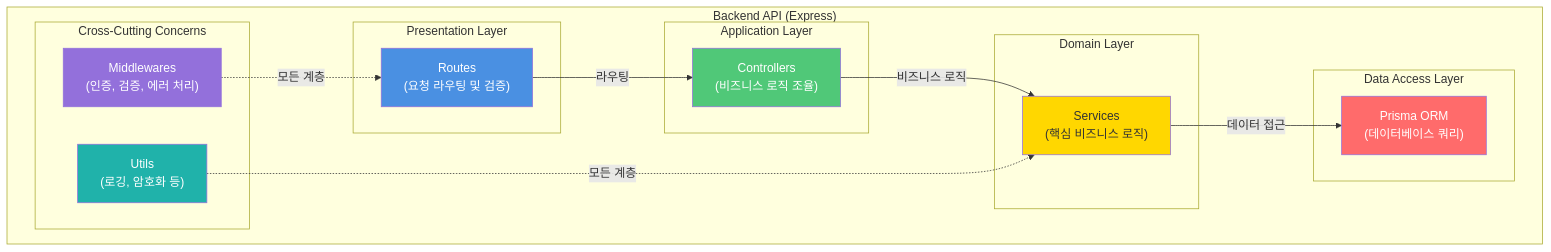
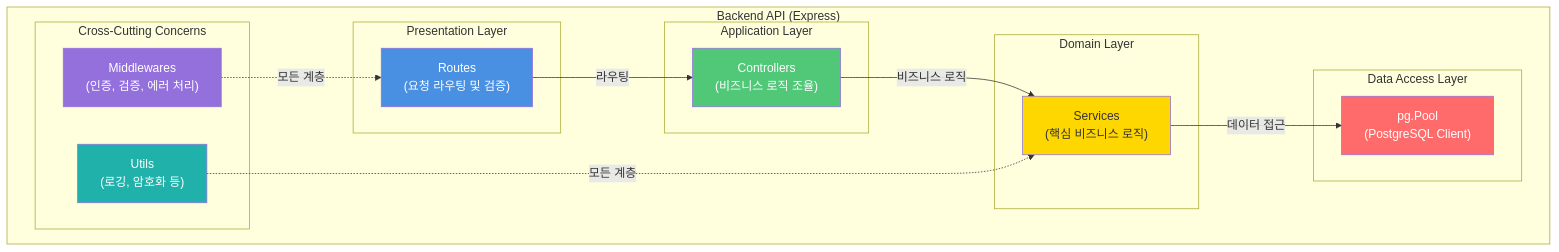
The second of 9 diagrams in docs/6-arch-diagram.md (dbsdlstn/yis-escapehint), drawn with Mermaid before and after one commit. The commit also changed other lines of this file and 37 other files, not shown here.

````diff
--- a/docs/6-arch-diagram.md
+++ b/docs/6-arch-diagram.md
@@ -89,38 +89,38 @@
 ```mermaid
 graph TB
     subgraph "Backend API (Express)"
         subgraph "Presentation Layer"
             Routes["Routes<br/>(요청 라우팅 및 검증)"]
         end
 
         subgraph "Application Layer"
             Controllers["Controllers<br/>(비즈니스 로직 조율)"]
         end
 
         subgraph "Domain Layer"
             Services["Services<br/>(핵심 비즈니스 로직)"]
         end
 
         subgraph "Data Access Layer"
-            Prisma["Prisma ORM<br/>(데이터베이스 쿼리)"]
+            DBClient["pg.Pool<br/>(PostgreSQL Client)"]
         end
 
         subgraph "Cross-Cutting Concerns"
             Middleware["Middlewares<br/>(인증, 검증, 에러 처리)"]
             Utils["Utils<br/>(로깅, 암호화 등)"]
         end
 
         Routes -->|라우팅| Controllers
         Controllers -->|비즈니스 로직| Services
-        Services -->|데이터 접근| Prisma
+        Services -->|데이터 접근| DBClient
         Middleware -.->|모든 계층| Routes
         Utils -.->|모든 계층| Services
     end
 
     style Routes fill:#4A90E2,color:#fff
     style Controllers fill:#50C878,color:#fff
     style Services fill:#FFD700,color:#333
-    style Prisma fill:#FF6B6B,color:#fff
+    style DBClient fill:#FF6B6B,color:#fff
     style Middleware fill:#9370DB,color:#fff
     style Utils fill:#20B2AA,color:#fff
 ```
````
